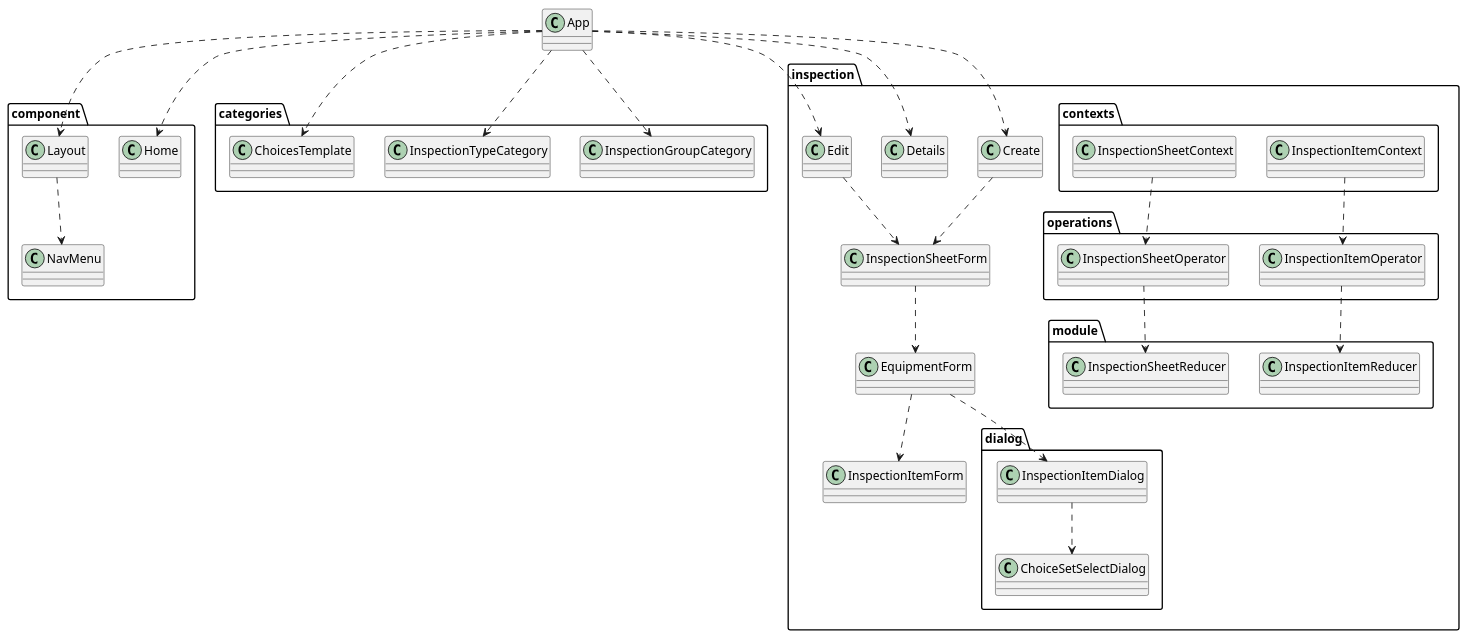
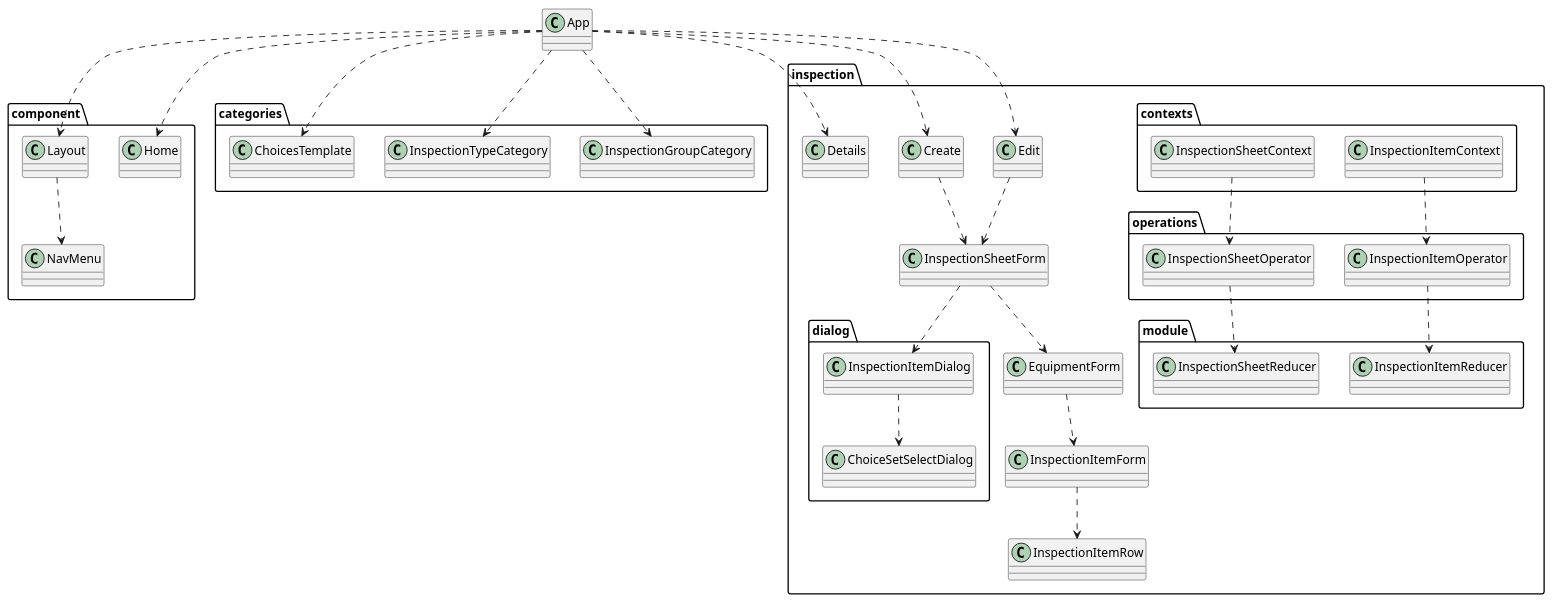
Before and after one commit to yasuaki-344/inspection-manager: the diagram in docs/class-diagram-client.puml, drawn with PlantUML.

Commit message:
Update class diagram

```diff
--- a/docs/class-diagram-client.puml
+++ b/docs/class-diagram-client.puml
@@ -1,62 +1,64 @@
 @startuml class-diagram-client
 package component {
   class Home
   class Layout
   class NavMenu
   ' relationship
   Layout ..> NavMenu
 }
 package categories {
   class InspectionGroupCategory
   class InspectionTypeCategory
   class ChoicesTemplate
   ' relationship
 }
 package inspection {
   class Create
   class Details
   class Edit
   class EquipmentForm
   class InspectionItemForm
+  class InspectionItemRow
   package module {
     class InspectionItemReducer
     class InspectionSheetReducer
   }
   package operations {
     class InspectionSheetOperator
     class InspectionItemOperator
   }
   package contexts {
     class InspectionSheetContext
     class InspectionItemContext
   }
   package dialog {
     class ChoiceSetSelectDialog
     class InspectionItemDialog
     ' relationship
     InspectionItemDialog ..> ChoiceSetSelectDialog
   }
   ' relationship
   Create ..> InspectionSheetForm
   Edit ..> InspectionSheetForm
   InspectionSheetForm ..> EquipmentForm
-  EquipmentForm ..> InspectionItemDialog
+  InspectionSheetForm ..> InspectionItemDialog
   EquipmentForm ..> InspectionItemForm
+  InspectionItemForm ..> InspectionItemRow
   InspectionItemContext ..> InspectionItemOperator
   InspectionSheetContext ..> InspectionSheetOperator
   InspectionItemOperator ..> InspectionItemReducer
   InspectionSheetOperator ..> InspectionSheetReducer
 }
 class App
 
 ' relationship
 App ..> Layout
 App ..> Home
 App ..> InspectionGroupCategory
 App ..> InspectionTypeCategory
 App ..> ChoicesTemplate
 App ..> Create
 App ..> Details
 App ..> Edit
 
 @enduml
```
